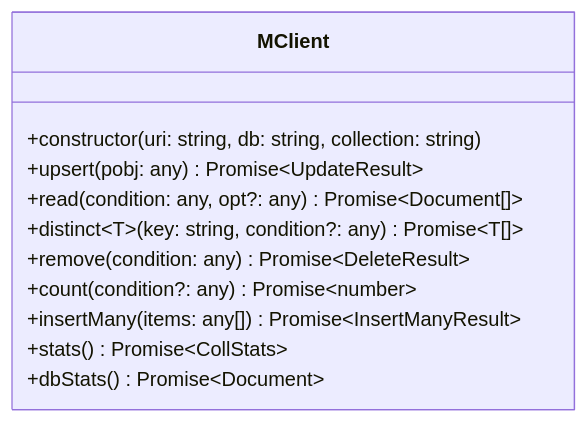
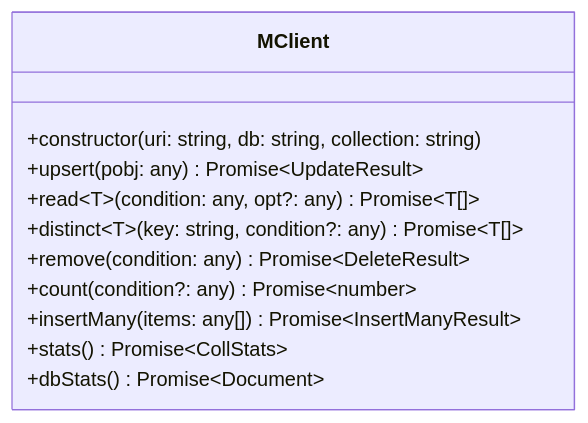
One commit to tomsdoo/mongodbclient changed the diagram in docs/md/mclient.md. Above: the diagram before and after it, drawn with Mermaid. The commit also changed other lines of this file and 1 other file, not shown here.

Commit message:
read() -> read<T>() (#82)

````diff
--- a/docs/md/mclient.md
+++ b/docs/md/mclient.md
@@ -5,14 +5,14 @@
 ``` mermaid
 classDiagram
 class MClient {
   +constructor(uri: string, db: string, collection: string)
   +upsert(pobj: any) Promise~UpdateResult~
-  +read(condition: any, opt?: any) Promise~Document[]~
+  +read~T~(condition: any, opt?: any) Promise~T[]~
   +distinct~T~(key: string, condition?: any) Promise~T[]~
   +remove(condition: any) Promise~DeleteResult~
   +count(condition?: any) Promise~number~
   +insertMany(items: any[]) Promise~InsertManyResult~
   +stats() Promise~CollStats~
   +dbStats() Promise~Document~
 }
 ```
````
